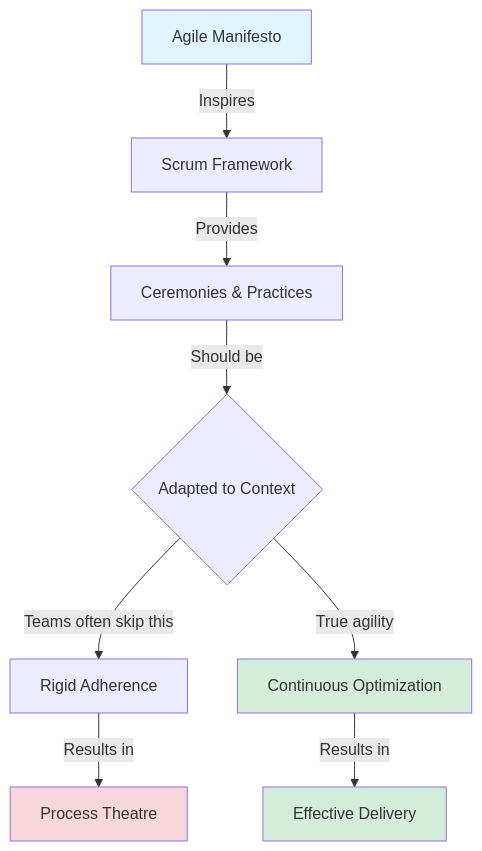
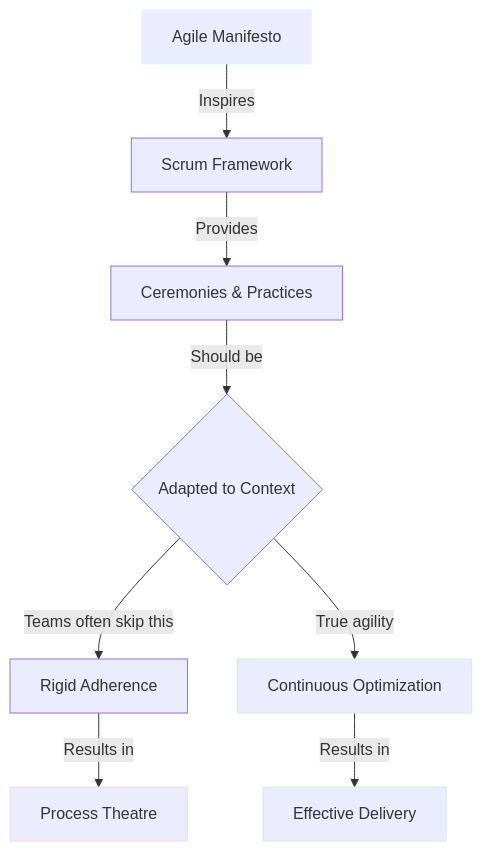
The first of 6 diagrams in Mostlylucid/Markdown/agile-standups-ceremony-tax.md (Shaddix/mostlylucidweb), drawn with Mermaid before and after one commit. The commit also changed other lines of this file, not shown here.

First line of the commit message:
fix: update Mermaid diagrams to use stroke instead of fill for dark mode compatibility

````diff
--- a/Mostlylucid/Markdown/agile-standups-ceremony-tax.md
+++ b/Mostlylucid/Markdown/agile-standups-ceremony-tax.md
@@ -24,15 +24,15 @@
 ```mermaid
 graph TD
     A[Agile Manifesto] -->|Inspires| B[Scrum Framework]
     B -->|Provides| C[Ceremonies & Practices]
     C -->|Should be| D{Adapted to Context}
     D -->|Teams often skip this| E[Rigid Adherence]
     D -->|True agility| F[Continuous Optimization]
     E -->|Results in| G[Process Theatre]
     F -->|Results in| H[Effective Delivery]
 
-    style A fill:#e1f5ff
-    style F fill:#d4edda
-    style G fill:#f8d7da
-    style H fill:#d4edda
+    style A stroke:#e1f5ff
+    style F stroke:#d4edda
+    style G stroke:#f8d7da
+    style H stroke:#d4edda
 ```
````
